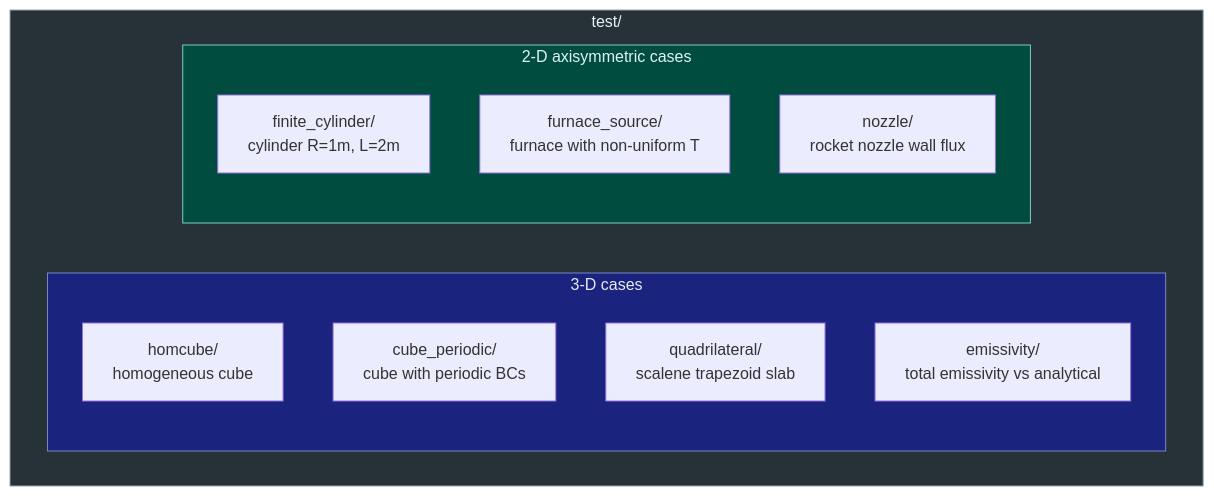
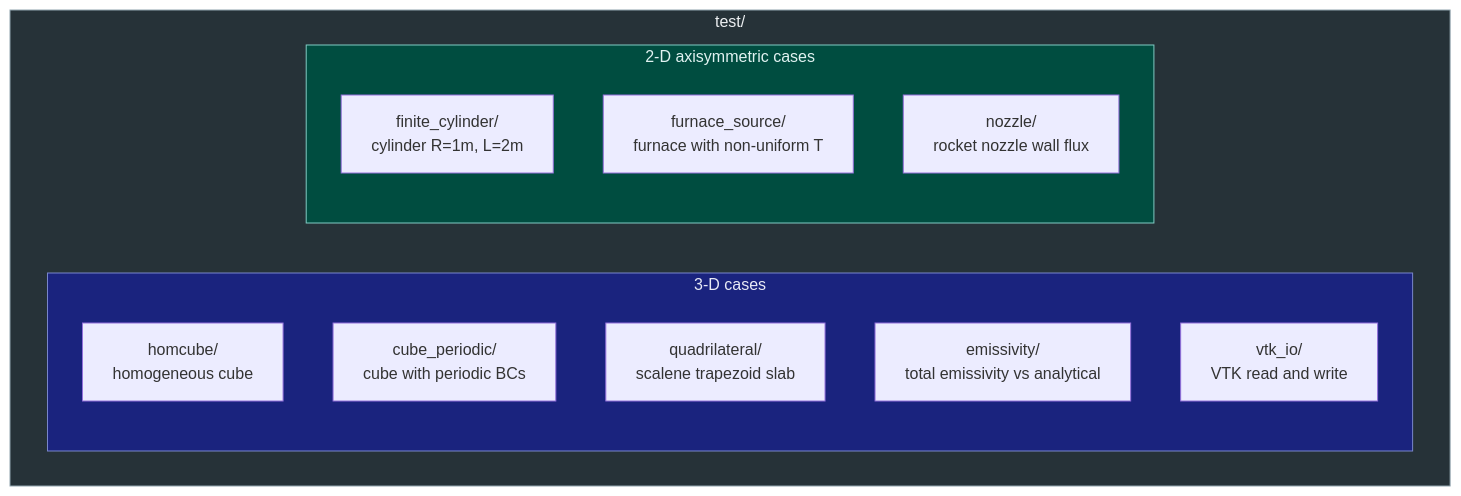
The first of 2 diagrams in docs/development/testing.md (open-hydra/GROOT), drawn with Mermaid before and after one commit. The commit also changed other lines of this file and 4 other files, not shown here.

````diff
--- a/docs/development/testing.md
+++ b/docs/development/testing.md
@@ -12,20 +12,21 @@
 ```mermaid
 graph TD
     subgraph test ["test/"]
         subgraph threeD ["3-D cases"]
             HC["homcube/<br/>homogeneous cube"]
             CP["cube_periodic/<br/>cube with periodic BCs"]
             QD["quadrilateral/<br/>scalene trapezoid slab"]
             EM["emissivity/<br/>total emissivity vs analytical"]
+            VT["vtk_io/<br/>VTK read and write"]
         end
         subgraph twoD ["2-D axisymmetric cases"]
             FC["finite_cylinder/<br/>cylinder R=1m, L=2m"]
             FS["furnace_source/<br/>furnace with non-uniform T"]
             NZ["nozzle/<br/>rocket nozzle wall flux"]
         end
     end
 
     style test fill:#263238,stroke:#90a4ae,color:#eceff1
     style threeD fill:#1a237e,stroke:#7986cb,color:#e8eaf6
     style twoD fill:#004d40,stroke:#80cbc4,color:#e0f2f1
 ```
````
